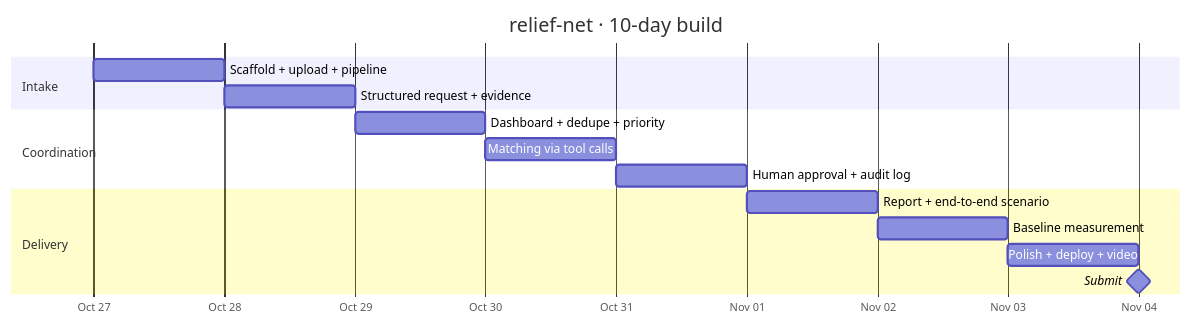
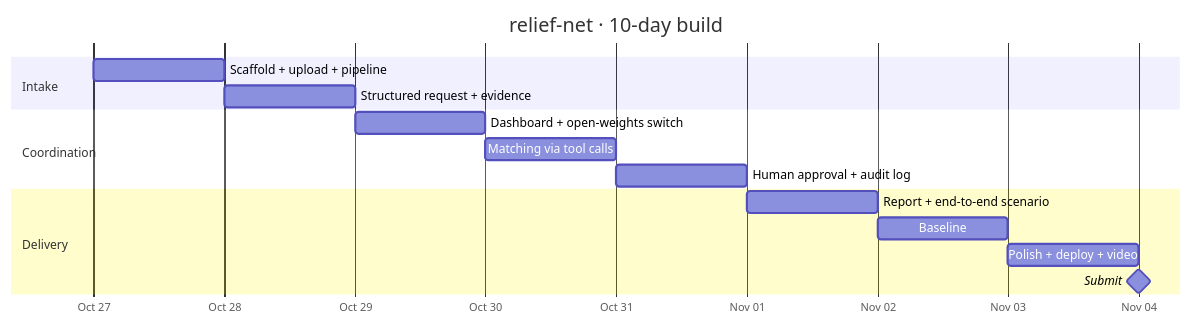
The fourth of 4 diagrams in README.md (SapSaeta/relief-net), drawn with Mermaid before and after one commit. The commit also changed other lines of this file and 1 other file, not shown here.

First line of the commit message:
docs: plan open weights (Muse Spark Open on Baseten) for the coordinator side

````diff
--- a/README.md
+++ b/README.md
@@ -142,18 +142,18 @@
 ```mermaid
 gantt
     title relief-net · 10-day build
     dateFormat YYYY-MM-DD
     axisFormat %b %d
     section Intake
     Scaffold + upload + pipeline   :a1, 2026-10-27, 1d
     Structured request + evidence  :a2, after a1, 1d
     section Coordination
-    Dashboard + dedupe + priority  :b1, 2026-10-29, 1d
+    Dashboard + open-weights switch :b1, 2026-10-29, 1d
     Matching via tool calls        :b2, after b1, 1d
     Human approval + audit log     :b3, after b2, 1d
     section Delivery
     Report + end-to-end scenario   :c1, 2026-11-01, 1d
-    Baseline measurement           :c2, after c1, 1d
+    Baseline: Meta vs open weights :c2, after c1, 1d
     Polish + deploy + video        :c3, after c2, 1d
     Submit                         :milestone, 2026-11-04, 0d
 ```
````
